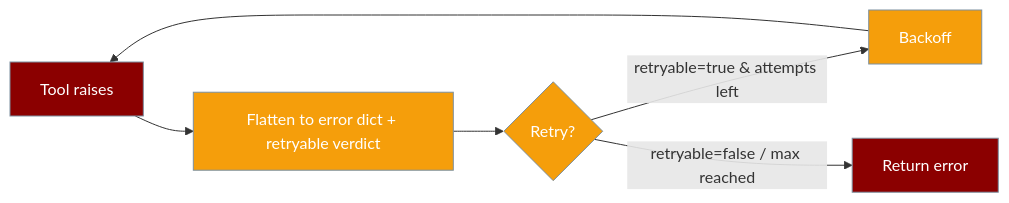
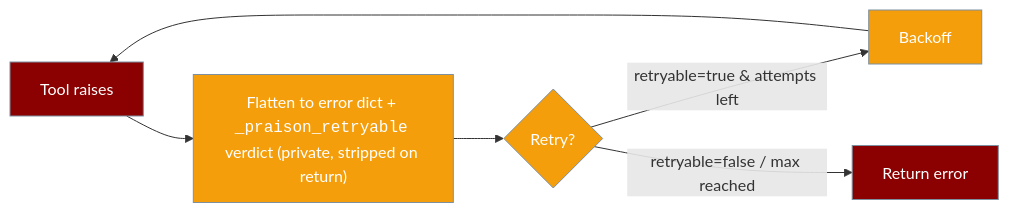
The third of 5 diagrams in docs/features/tool-retry-policy.mdx (MervinPraison/PraisonAIDocs), drawn with Mermaid before and after one commit. The commit also changed other lines of this file and 1 other file, not shown here.

Commit message:
docs: update tool-retry pages for private _praison_retryable control key (fixes #3160)

````diff
--- a/docs/features/tool-retry-policy.mdx
+++ b/docs/features/tool-retry-policy.mdx
@@ -210,15 +210,15 @@
 ```mermaid
 graph LR
-    Raise[Tool raises] --> Flatten[Flatten to error dict + retryable verdict]
+    Raise[Tool raises] --> Flatten["Flatten to error dict + <code>_praison_retryable</code> verdict (private, stripped on return)"]
     Flatten --> Decide{Retry?}
     Decide -->|retryable=true & attempts left| Backoff[Backoff]
     Backoff --> Raise
     Decide -->|retryable=false / max reached| Return[Return error]
 
     classDef err fill:#8B0000,stroke:#7C90A0,color:#fff
     classDef proc fill:#F59E0B,stroke:#7C90A0,color:#fff
     classDef done fill:#10B981,stroke:#7C90A0,color:#fff
 
     class Raise,Return err
     class Flatten,Decide,Backoff proc
 ```
````
